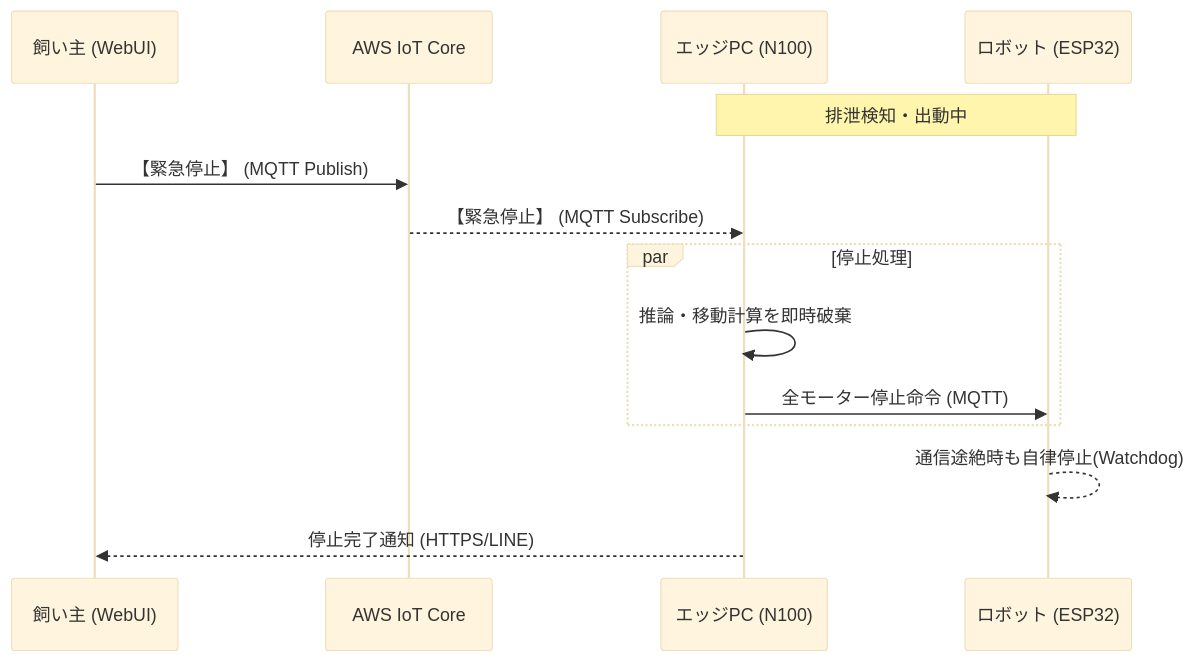
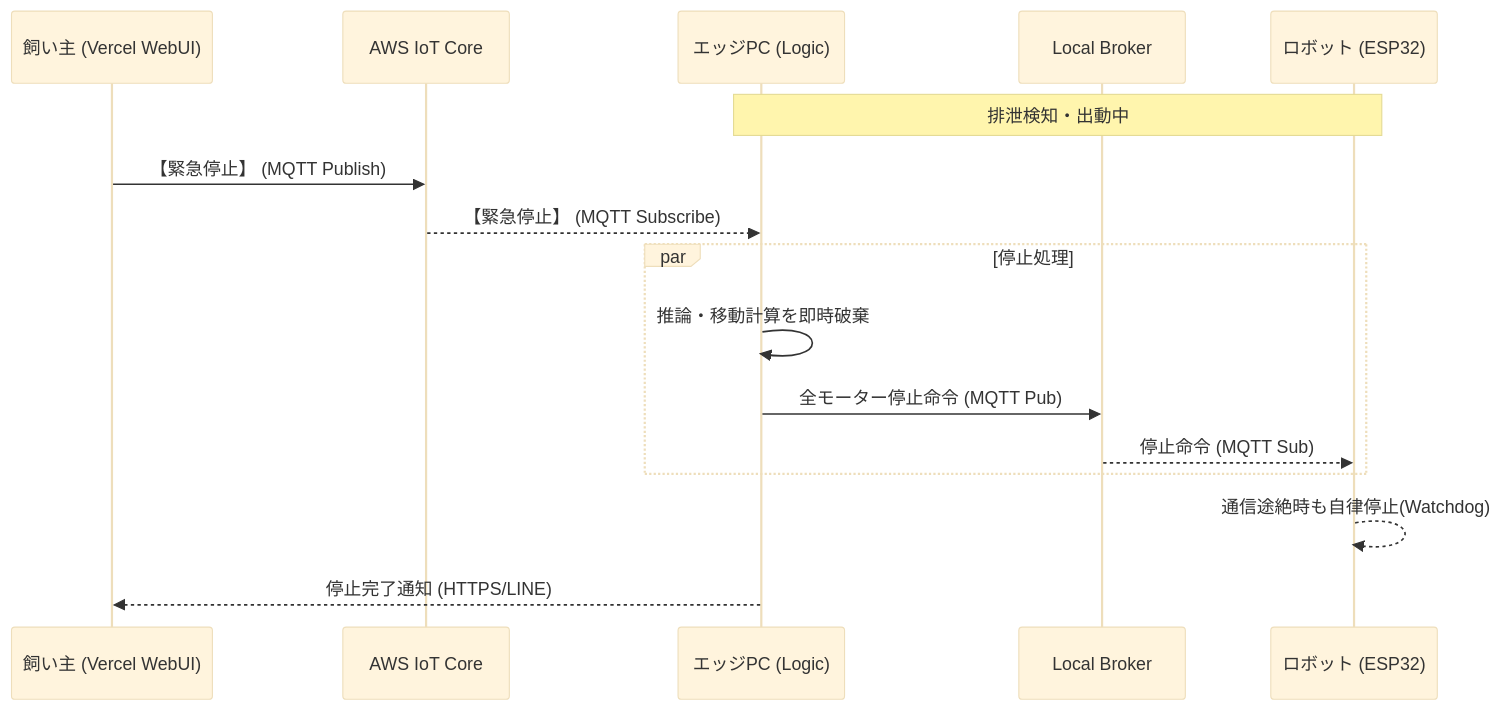
Before and after one commit to torakiti-1128/cocoba: the second of 2 diagrams in docs/01_REQUIREMENTS/02_ARCHITECTURE.md, drawn with Mermaid (base theme). The commit also changed other lines of this file, not shown here.

Commit message:
docs(other): アーキテクチャ構成図の作成とNWとSECの仕様を記載

````diff
--- a/docs/01_REQUIREMENTS/02_ARCHITECTURE.md
+++ b/docs/01_REQUIREMENTS/02_ARCHITECTURE.md
@@ -85,20 +111,22 @@
 ```mermaid
 sequenceDiagram
-    participant User as 飼い主 (WebUI)
+    participant User as 飼い主 (Vercel WebUI)
     participant Cloud as AWS IoT Core
-    participant Edge as エッジPC (N100)
-    participant Dev as ロボット (ESP32)
+    participant Logic as エッジPC (Logic)
+    participant Broker as Local Broker
+    participant Robot as ロボット (ESP32)
 
-    Note over Edge, Dev: 排泄検知・出動中
+    Note over Logic, Robot: 排泄検知・出動中
     
     User->>Cloud: 【緊急停止】 (MQTT Publish)
-    Cloud-->>Edge: 【緊急停止】 (MQTT Subscribe)
+    Cloud-->>Logic: 【緊急停止】 (MQTT Subscribe)
     
     par 停止処理
-        Edge->>Edge: 推論・移動計算を即時破棄
-        Edge->>Dev: 全モーター停止命令 (MQTT)
+        Logic->>Logic: 推論・移動計算を即時破棄
+        Logic->>Broker: 全モーター停止命令 (MQTT Pub)
+        Broker-->>Robot: 停止命令 (MQTT Sub)
     end
     
-    Dev-->>Dev: 通信途絶時も自律停止(Watchdog)
-    Edge-->>User: 停止完了通知 (HTTPS/LINE)
+    Robot-->>Robot: 通信途絶時も自律停止(Watchdog)
+    Logic-->>User: 停止完了通知 (HTTPS/LINE)
 ```
````
